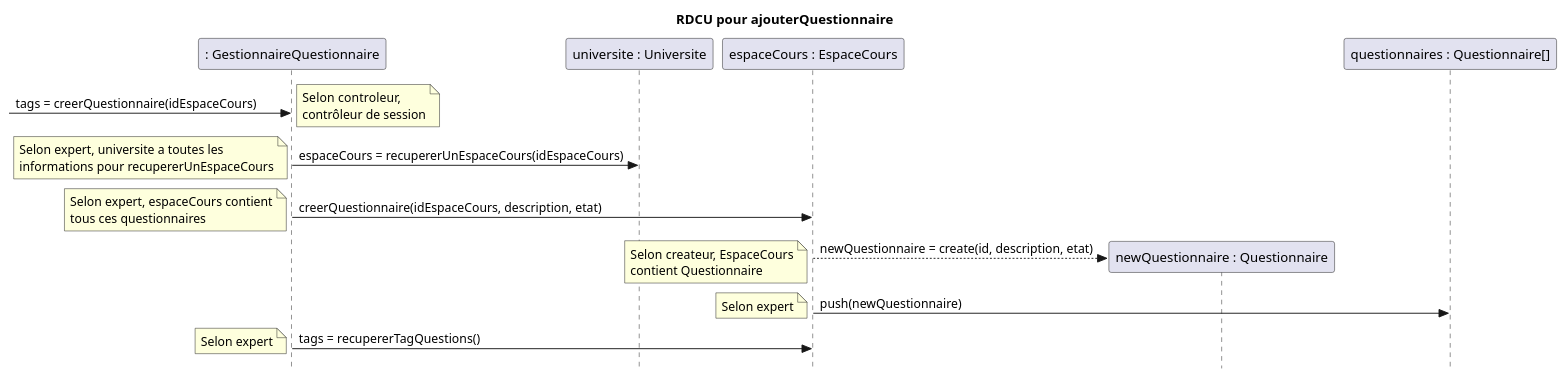
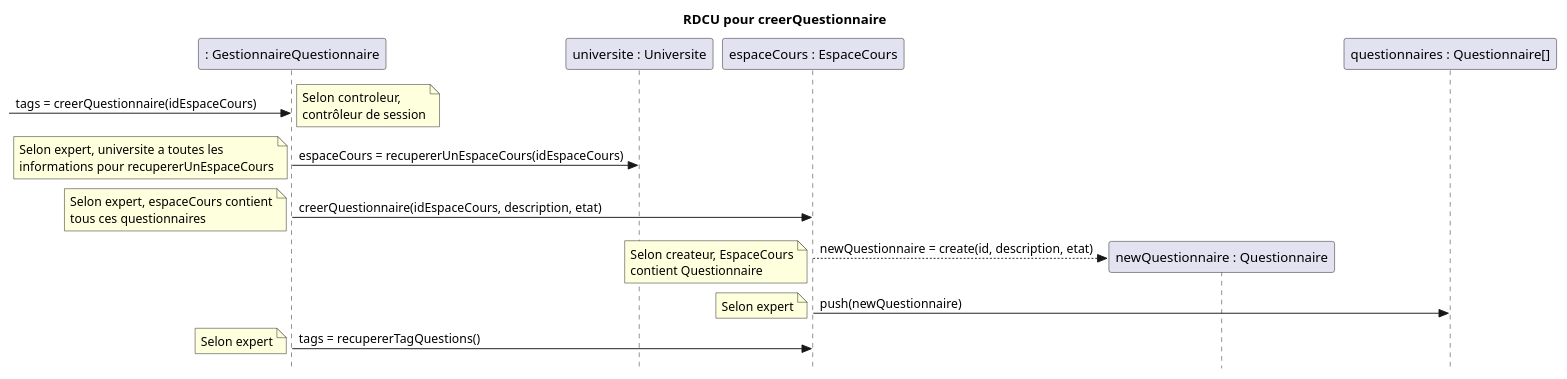
Before and after one commit to nerdz88/SGA-TS: the second of 4 diagrams in docs/Ajouter questionnaire/RDCU_Ajouter_Questionnaire.puml, drawn with PlantUML. The commit also changed other lines of this file and 11 other files, not shown here.

```diff
--- a/docs/Ajouter questionnaire/RDCU_Ajouter_Questionnaire.puml
+++ b/docs/Ajouter questionnaire/RDCU_Ajouter_Questionnaire.puml
@@ -16,22 +16,22 @@
-@startuml ajouterQuestionnaireGenerale
+@startuml creerQuestionnaire
 skinparam style strictuml
 skinparam defaultfontname Verdana
-title RDCU pour ajouterQuestionnaire
+title RDCU pour creerQuestionnaire
 participant ": GestionnaireQuestionnaire" as gestionnaireQuestion
 participant "universite : Universite" as universite
 participant "espaceCours : EspaceCours" as cours
 participant "newQuestionnaire : Questionnaire" as questionnaire
 participant "questionnaires : Questionnaire[]" as questionnaires
 -> gestionnaireQuestion : tags = creerQuestionnaire(idEspaceCours)
 note left : Selon controleur,\ncontrôleur de session
 gestionnaireQuestion -> universite : espaceCours = recupererUnEspaceCours(idEspaceCours)
 note left : Selon expert, universite a toutes les\ninformations pour recupererUnEspaceCours
 gestionnaireQuestion -> cours : creerQuestionnaire(idEspaceCours, description, etat)
 note left : Selon expert, espaceCours contient\ntous ces questionnaires
 cours --> questionnaire** : newQuestionnaire = create(id, description, etat)
 note left : Selon createur, EspaceCours\ncontient Questionnaire
 cours -> questionnaires : push(newQuestionnaire)
 note left : Selon expert
 gestionnaireQuestion -> cours : tags = recupererTagQuestions()
 note left : Selon expert
 @enduml
```
